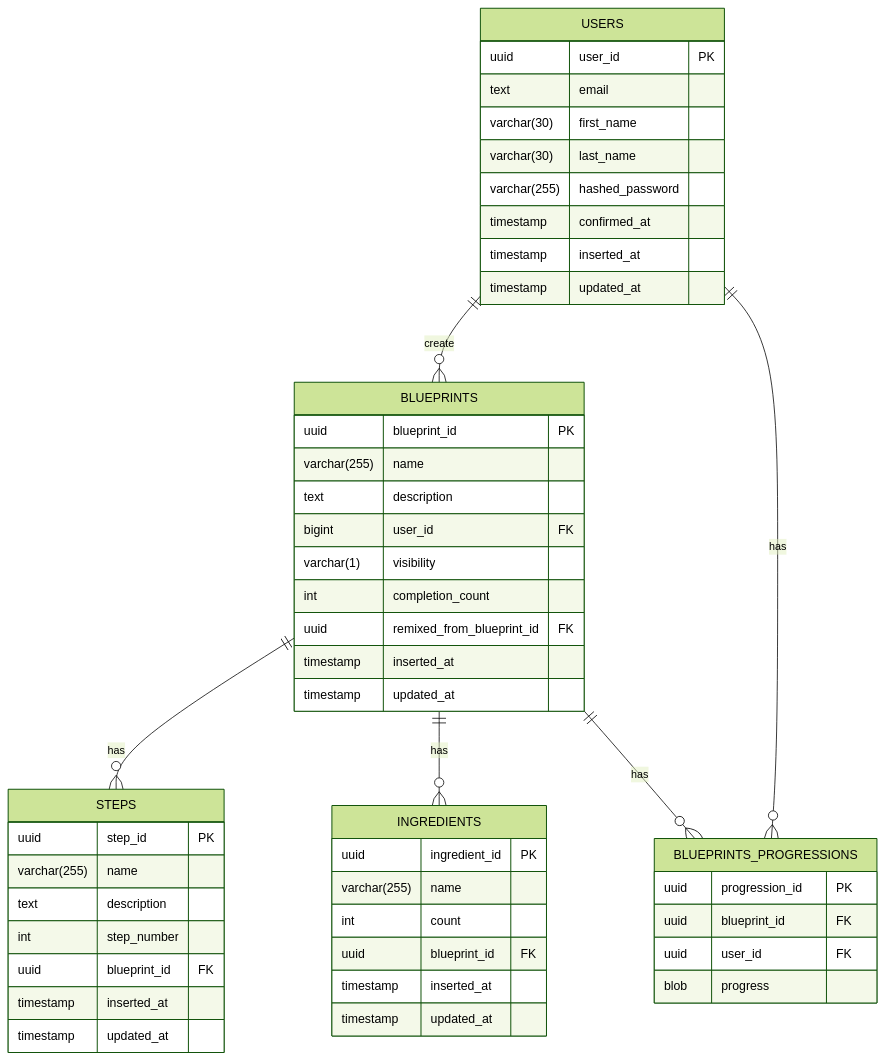
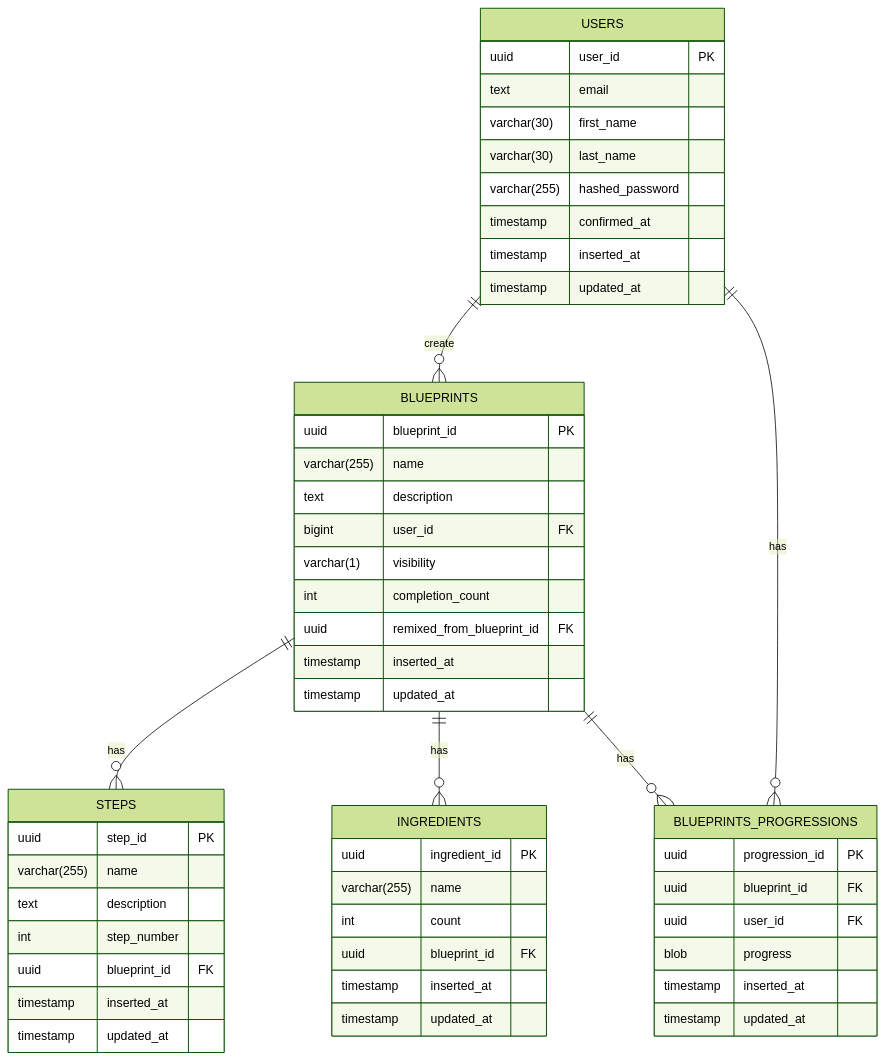
Before and after one commit to m4hi2/taskchecklist: the diagram in README.md, drawn with Mermaid (forest theme).

Commit message:
docs: add timestamps on bp progressions table

````diff
--- a/README.md
+++ b/README.md
@@ -14,58 +14,60 @@
 ```mermaid
 erDiagram
     USERS {
         uuid user_id PK
         text email
         varchar(30) first_name
         varchar(30) last_name
         varchar(255) hashed_password
         timestamp confirmed_at
         timestamp inserted_at
         timestamp updated_at
     }
     USERS ||--o{ BLUEPRINTS : create
     USERS ||--o{ BLUEPRINTS_PROGRESSIONS : has
 
     BLUEPRINTS {
       uuid blueprint_id PK
       varchar(255) name
       text description
       bigint user_id FK
       varchar(1) visibility
       int completion_count
       uuid remixed_from_blueprint_id FK
       timestamp inserted_at
       timestamp updated_at
     }
     BLUEPRINTS ||--o{ STEPS : has
     BLUEPRINTS ||--o{ INGREDIENTS : has
     BLUEPRINTS ||--o{ BLUEPRINTS_PROGRESSIONS : has
 
     STEPS {
         uuid step_id PK
         varchar(255) name
         text description
         int step_number
         uuid blueprint_id FK
         timestamp inserted_at
         timestamp updated_at
     }
 
     INGREDIENTS {
         uuid ingredient_id PK
         varchar(255) name
         int count
         uuid blueprint_id FK
         timestamp inserted_at
         timestamp updated_at
     }
 
     BLUEPRINTS_PROGRESSIONS {
         uuid progression_id PK
         uuid blueprint_id FK
         uuid user_id FK
         blob progress 
+        timestamp inserted_at
+        timestamp updated_at
     }
 
 
 ```
````
